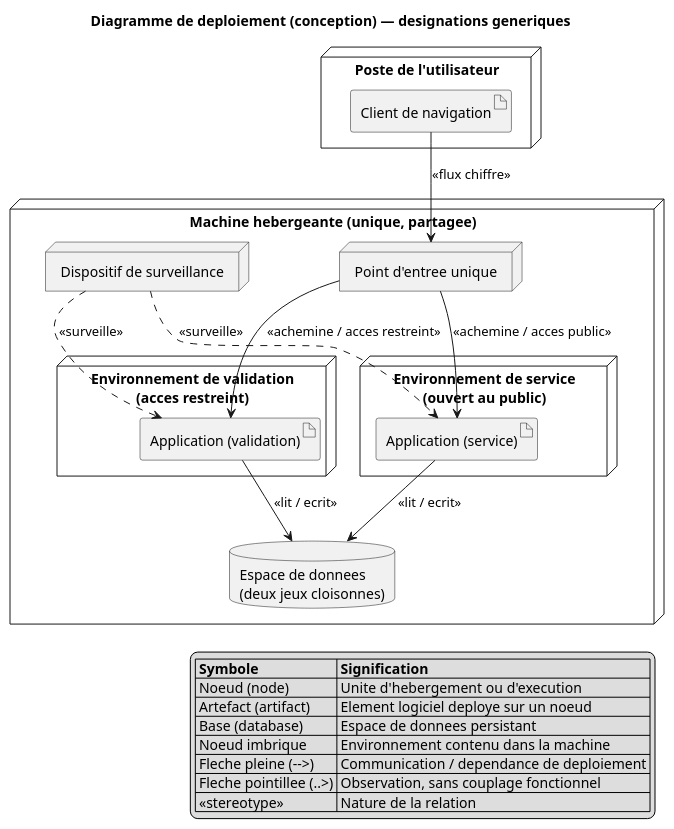
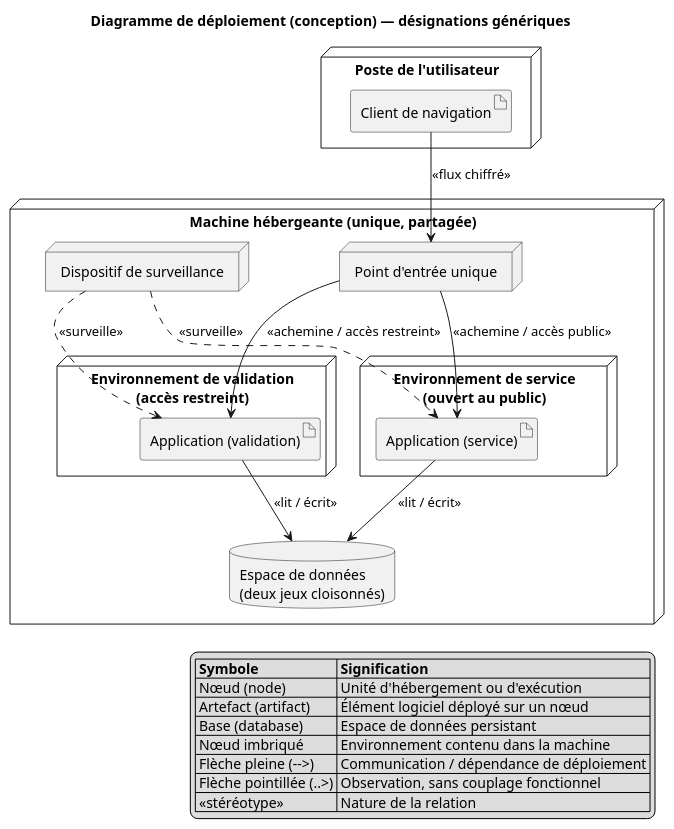
The diagram in docs/conception/deploiement-uml.puml (sgahovey/creapret), drawn with PlantUML before and after one commit. The commit also changed 21 other files, not shown here.

```diff
--- a/docs/conception/deploiement-uml.puml
+++ b/docs/conception/deploiement-uml.puml
@@ -1,50 +1,50 @@
 @startuml deploiement-conception
 ' =====================================================================
-' CreaPret — Diagramme de deploiement (CONCEPTION)
-' Designations generiques : aucun produit, plateforme ni commande.
-' Notation UML de deploiement : node / artifact / database + relations.
+' CréaPrêt — Diagramme de déploiement (CONCEPTION)
+' Désignations génériques : aucun produit, plateforme ni commande.
+' Notation UML de déploiement : node / artifact / database + relations.
 ' =====================================================================
 skinparam shadowing false
-title Diagramme de deploiement (conception) — designations generiques
+title Diagramme de déploiement (conception) — désignations génériques
 
 node "Poste de l'utilisateur" as USER {
   artifact "Client de navigation" as NAV
 }
 
-node "Machine hebergeante (unique, partagee)" as HOST {
+node "Machine hébergeante (unique, partagée)" as HOST {
 
-  node "Point d'entree unique" as ENTRY
+  node "Point d'entrée unique" as ENTRY
 
-  node "Environnement de validation\n(acces restreint)" as VAL {
+  node "Environnement de validation\n(accès restreint)" as VAL {
     artifact "Application (validation)" as APPVAL
   }
 
   node "Environnement de service\n(ouvert au public)" as SVC {
     artifact "Application (service)" as APPSVC
   }
 
-  database "Espace de donnees\n(deux jeux cloisonnes)" as DATA
+  database "Espace de données\n(deux jeux cloisonnés)" as DATA
 
   node "Dispositif de surveillance" as MON
 }
 
-NAV --> ENTRY : <<flux chiffre>>
-ENTRY --> APPVAL : <<achemine / acces restreint>>
-ENTRY --> APPSVC : <<achemine / acces public>>
-APPVAL --> DATA : <<lit / ecrit>>
-APPSVC --> DATA : <<lit / ecrit>>
+NAV --> ENTRY : <<flux chiffré>>
+ENTRY --> APPVAL : <<achemine / accès restreint>>
+ENTRY --> APPSVC : <<achemine / accès public>>
+APPVAL --> DATA : <<lit / écrit>>
+APPSVC --> DATA : <<lit / écrit>>
 MON ..> APPSVC : <<surveille>>
 MON ..> APPVAL : <<surveille>>
 
 legend right
   | **Symbole** | **Signification** |
-  | Noeud (node) | Unite d'hebergement ou d'execution |
-  | Artefact (artifact) | Element logiciel deploye sur un noeud |
-  | Base (database) | Espace de donnees persistant |
-  | Noeud imbrique | Environnement contenu dans la machine |
-  | Fleche pleine (-->) | Communication / dependance de deploiement |
-  | Fleche pointillee (..>) | Observation, sans couplage fonctionnel |
-  | <<stereotype>> | Nature de la relation |
+  | Nœud (node) | Unité d'hébergement ou d'exécution |
+  | Artefact (artifact) | Élément logiciel déployé sur un nœud |
+  | Base (database) | Espace de données persistant |
+  | Nœud imbriqué | Environnement contenu dans la machine |
+  | Flèche pleine (-->) | Communication / dépendance de déploiement |
+  | Flèche pointillée (..>) | Observation, sans couplage fonctionnel |
+  | <<stéréotype>> | Nature de la relation |
 endlegend
 
 @enduml
```
